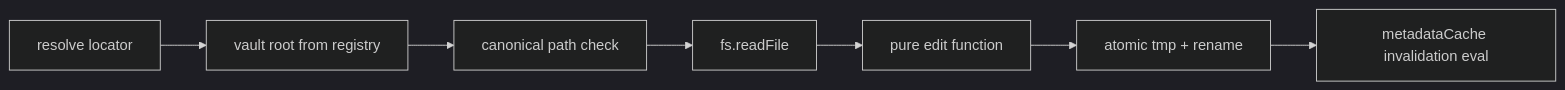
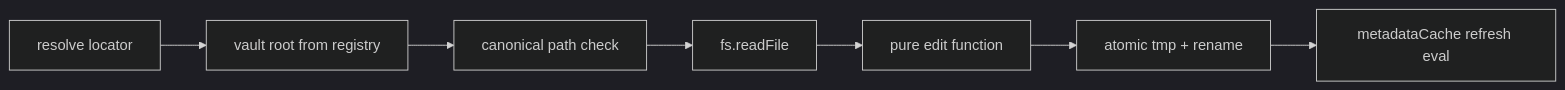
Before and after one commit to marwansaab/obsidian-cli-mcp: the diagram in .docs-as-code/capabilities/mutate.md, drawn with Mermaid (dark theme). The commit also changed other lines of this file and 3 other files, not shown here.

````diff
--- a/.docs-as-code/capabilities/mutate.md
+++ b/.docs-as-code/capabilities/mutate.md
@@ -31,9 +31,9 @@
 ```mermaid
 flowchart LR
   loc[resolve locator] --> root[vault root from registry]
   root --> guard[canonical path check]
   guard --> read[fs.readFile]
   read --> edit[pure edit function]
   edit --> write[atomic tmp + rename]
-  write --> inv[metadataCache invalidation eval]
+  write --> inv[metadataCache refresh eval]
 ```
````
